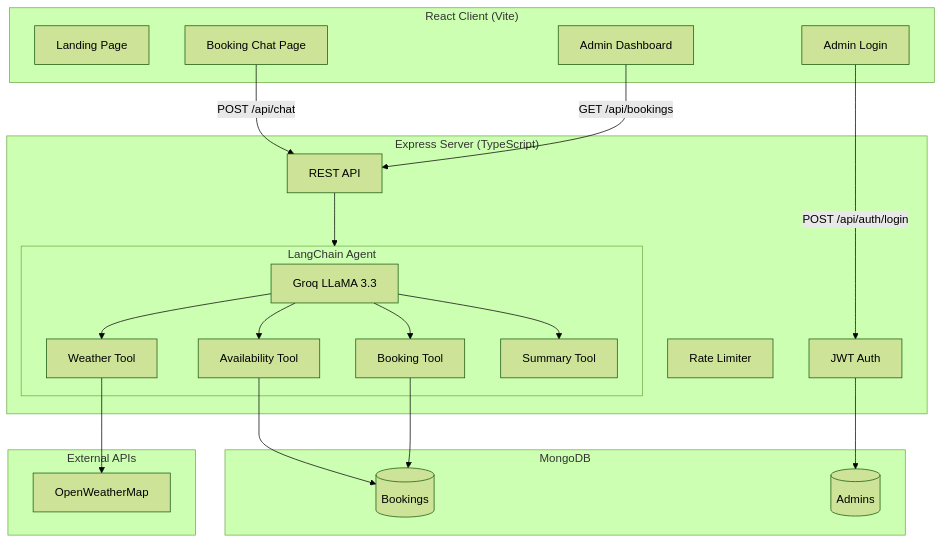
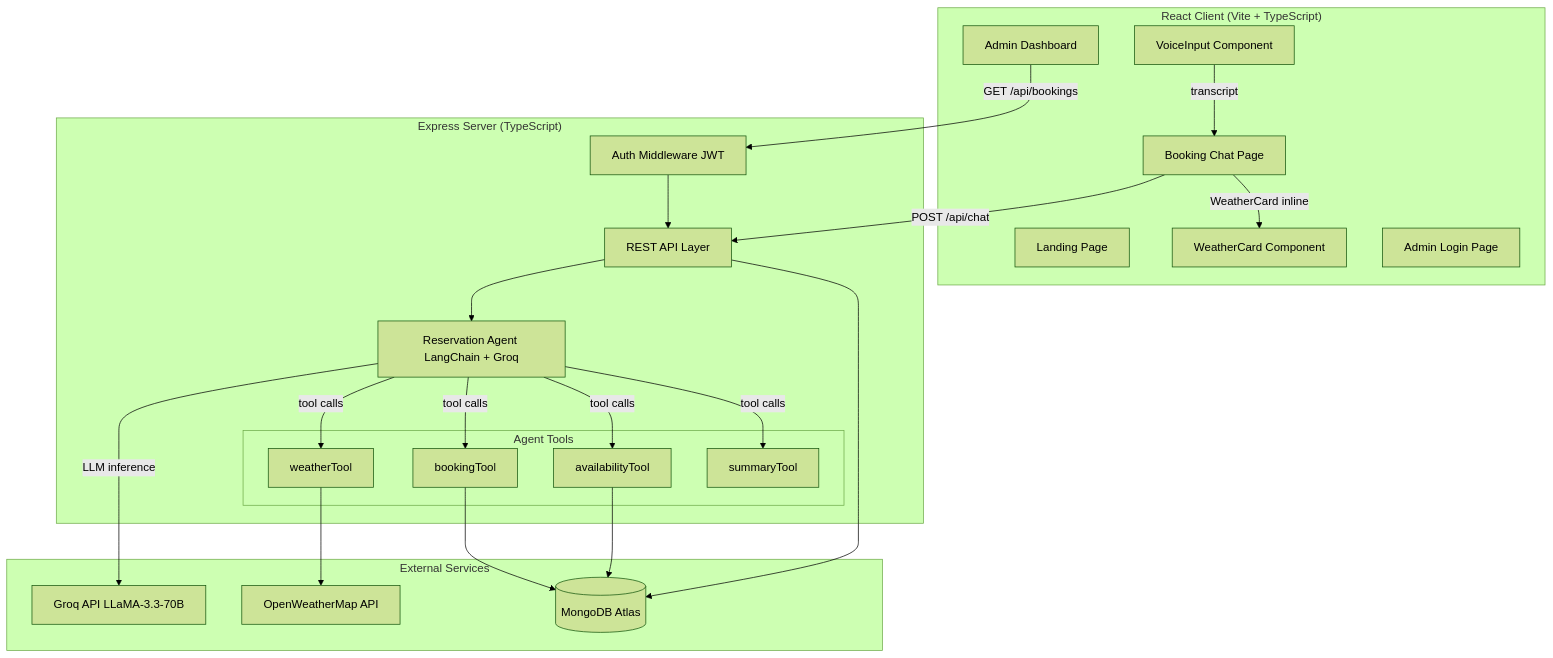
One commit to atharvgk/WhisperBite changed the diagram in README.md. Above: the diagram before and after it, drawn with Mermaid (forest theme). The commit also changed other lines of this file, not shown here.

Commit message:
docs: Phase 6 - comprehensive README with architecture diagram and spec compliance checklist

````diff
--- a/README.md
+++ b/README.md
@@ -20,40 +54,45 @@
 ```mermaid
 graph TB
-    subgraph Client["React Client (Vite)"]
+    subgraph Client["React Client (Vite + TypeScript)"]
         LP[Landing Page]
         BP[Booking Chat Page]
-        AL[Admin Login]
+        VI[VoiceInput Component]
+        WC[WeatherCard Component]
+        AL[Admin Login Page]
         AD[Admin Dashboard]
     end
 
     subgraph Server["Express Server (TypeScript)"]
-        API[REST API]
-        AUTH[JWT Auth]
-        RL[Rate Limiter]
-        subgraph Agent["LangChain Agent"]
-            LLM[Groq LLaMA 3.3]
-            WT[Weather Tool]
-            AT[Availability Tool]
-            BT[Booking Tool]
-            ST[Summary Tool]
+        API[REST API Layer]
+        AG[Reservation Agent LangChain + Groq]
+        subgraph Tools["Agent Tools"]
+            AT[availabilityTool]
+            BT[bookingTool]
+            WT[weatherTool]
+            ST[summaryTool]
         end
+        AUTH[Auth Middleware JWT]
     end
 
-    subgraph DB["MongoDB"]
-        BK[(Bookings)]
-        AD2[(Admins)]
+    subgraph External["External Services"]
+        GROQ[Groq API LLaMA-3.3-70B]
+        OWM[OpenWeatherMap API]
+        MONGO[(MongoDB Atlas)]
     end
 
-    subgraph External["External APIs"]
-        OWM[OpenWeatherMap]
-    end
-
-    BP -->|POST /api/chat| API
-    AD -->|GET /api/bookings| API
-    AL -->|POST /api/auth/login| AUTH
-    API --> Agent
-    LLM --> WT & AT & BT & ST
+    BP -- POST /api/chat --> API
+    VI -- transcript --> BP
+    API --> AG
+    AG -- tool calls --> AT
+    AG -- tool calls --> BT
+    AG -- tool calls --> WT
+    AG -- tool calls --> ST
     WT --> OWM
-    AT & BT --> BK
-    AUTH --> AD2
+    BT --> MONGO
+    AT --> MONGO
+    AG -- LLM inference --> GROQ
+    AD -- GET /api/bookings --> AUTH
+    AUTH --> API
+    API --> MONGO
+    BP -- WeatherCard inline --> WC
 ```
````
